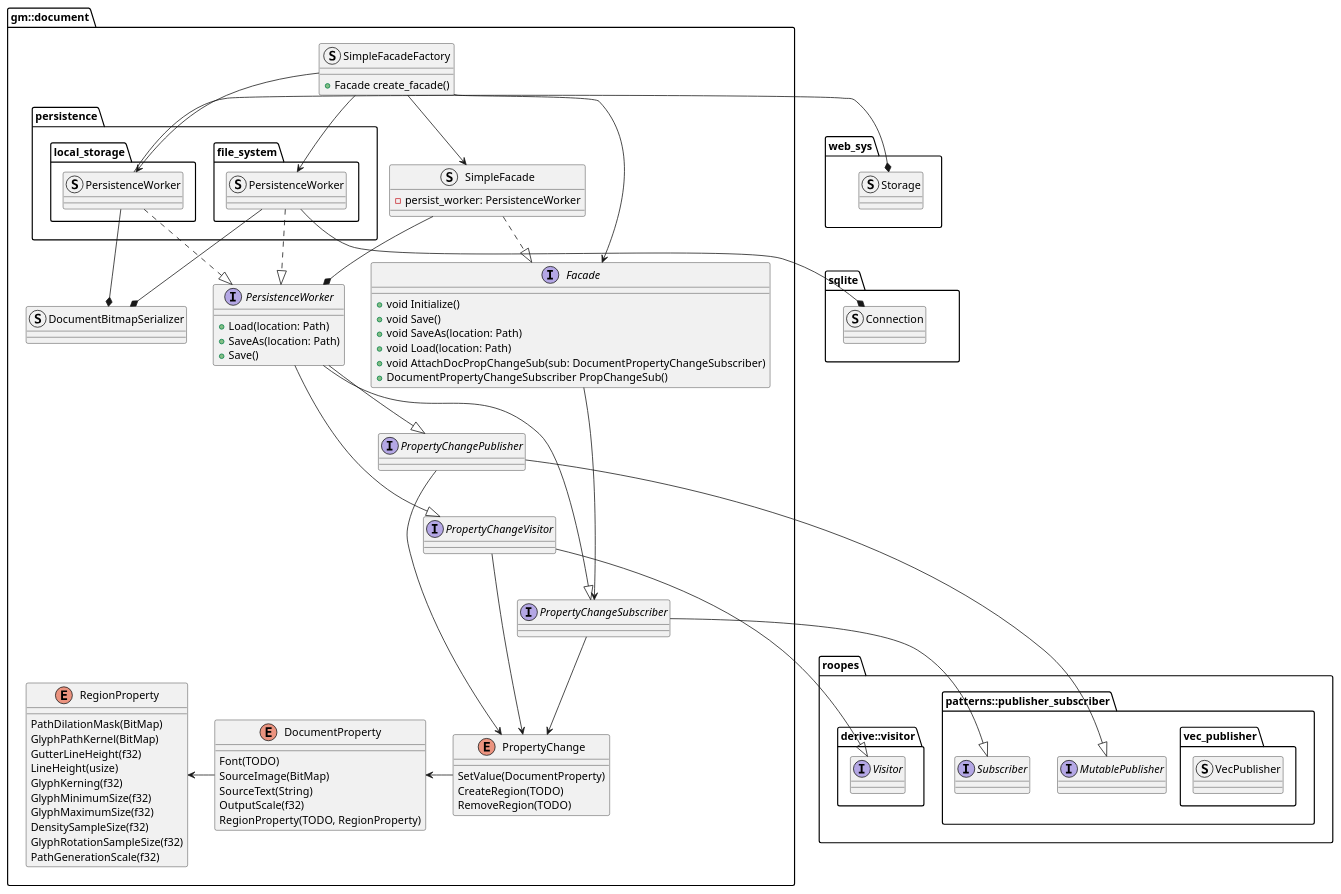
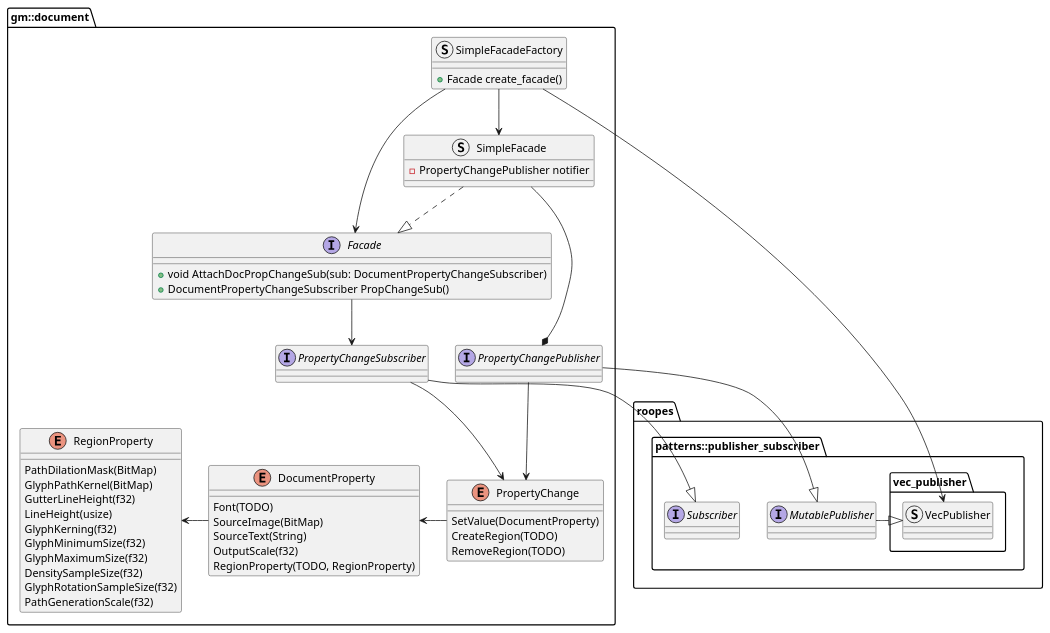
The diagram in documentation/Specification/diagrams/subsystems/document.plantuml (zwerdlds/GlyphMosaic), drawn with PlantUML before and after one commit. The commit also changed 8 other files, not shown here.

```diff
--- a/documentation/Specification/diagrams/subsystems/document.plantuml
+++ b/documentation/Specification/diagrams/subsystems/document.plantuml
@@ -1,135 +1,83 @@
 @startuml
 skinparam componentStyle uml1
 
 package "gm::document" as doc {
     interface "Facade" as docf{
-        + void Initialize()
-        + void Save()
-        + void SaveAs(location: Path)
-        + void Load(location: Path)
         + void AttachDocPropChangeSub(sub: DocumentPropertyChangeSubscriber)
         + DocumentPropertyChangeSubscriber PropChangeSub()
     }
 
     enum "PropertyChange" as docpc {
         SetValue(DocumentProperty)
         CreateRegion(TODO)
         RemoveRegion(TODO)
     }
 
     enum "DocumentProperty" as docp {
         Font(TODO)
         SourceImage(BitMap)
         SourceText(String)
         OutputScale(f32)
         RegionProperty(TODO, RegionProperty)
     }
 
     enum "RegionProperty" as docrp {
         PathDilationMask(BitMap)
         GlyphPathKernel(BitMap)
         GutterLineHeight(f32)
         LineHeight(usize)
         GlyphKerning(f32)
         GlyphMinimumSize(f32)
         GlyphMaximumSize(f32)
         DensitySampleSize(f32)
         GlyphRotationSampleSize(f32)
         PathGenerationScale(f32)
     }
 
     interface "PropertyChangePublisher" as docpcp
     interface "PropertyChangeSubscriber" as docpcs
-    interface "PropertyChangeVisitor" as docpcv
-    interface "PersistenceWorker" as docpw {
-        + Load(location: Path)
-        + SaveAs(location: Path)
-        + Save()
-    }
 
     struct "SimpleFacadeFactory" as docsff {
         + Facade create_facade()
     }
     struct "SimpleFacade" as docsf {
-        - persist_worker: PersistenceWorker
-    }
-
-    struct "DocumentBitmapSerializer" as docbmpser
-
-    package "persistence" as docpers{
-        package "file_system" as docperfs {
-            struct "PersistenceWorker" as docperfspw
-        }
-
-        package "local_storage" as docperls {
-            struct "PersistenceWorker" as docperlspw
-        }
+        - PropertyChangePublisher notifier
     }
 }
 
 package "roopes"  as roopes {
     package "patterns::publisher_subscriber" as rps {
         interface "MutablePublisher" as rmpsp
         interface "Subscriber" as rpss
 
         package "vec_publisher" as rpsvp {
             struct "VecPublisher" as rpsvpvp
         }
     }
-
-    package "derive::visitor" as rv {
-        interface "Visitor" as rvv
-    }
 }
 
-package "web_sys" as ws {
-
-    struct "Storage" as wss
-}
-
-package "sqlite" as sql {
-    struct "Connection" as sqlc
-}
 
 docpc -l-> docp
 
 docp -l-> docrp
 
 docf --> docpcs
 
 docsf ..|> docf
-docsf --* docpw
+docsf --* docpcp
 
 docsff --> docsf
+docsff --> rpsvpvp
 docsff --> docf
-docsff --> docperfspw
-docsff --> docperlspw
+
+rmpsp -|> rpsvpvp
 
 docpcs --|> rpss
 docpcs --> docpc
 
-docpw --|> docpcp
-docpw --|> docpcv
-docpw --|> docpcs
-
-docpcp -d[hidden]- docpcv
-docpcv -d[hidden]- docpcs
-
 docpcp --|> rmpsp
 docpcp --> docpc
 
-docpcv --|> rvv
-docpcv --> docpc
 
-docperlspw ..|> docpw
-docperlspw -r--* wss
-docperlspw --* docbmpser
-
-docperfspw ..|> docpw
-docperfspw -r--* sqlc
-docperfspw --* docbmpser
-
-doc -r[hidden]- ws
-ws  -d[hidden]- sql
 
 @enduml
```
